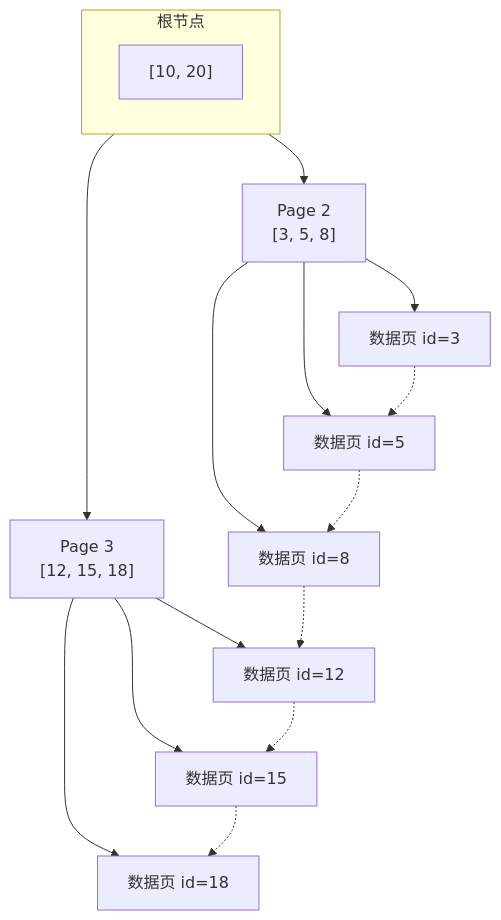
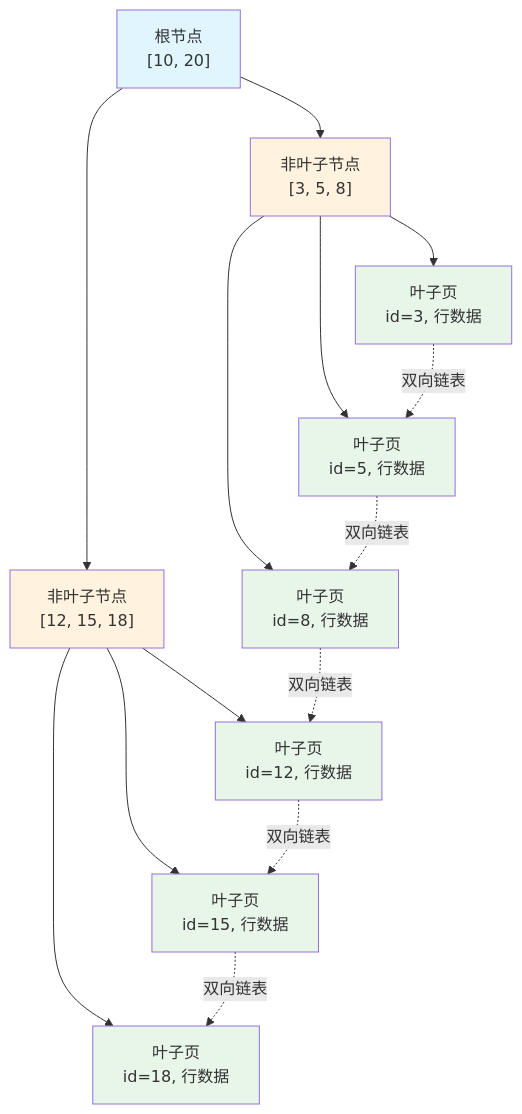
Before and after one commit to coolzhul/java-fullstack-knowledge: the second of 20 diagrams in src/database/mysql.md, drawn with Mermaid. The commit also changed other lines of this file and 48 other files, not shown here.

````diff
--- a/src/database/mysql.md
+++ b/src/database/mysql.md
@@ -61,21 +280,31 @@
 ```mermaid
 graph TD
-    subgraph root["根节点"]
-        R["[10, 20]"]
-    end
-    root --> P1["Page 2
-[3, 5, 8]"]
-    root --> P2["Page 3
-[12, 15, 18]"]
-    P1 --> L1["数据页 id=3"]
-    P1 --> L2["数据页 id=5"]
-    P1 --> L3["数据页 id=8"]
-    P2 --> L4["数据页 id=12"]
-    P2 --> L5["数据页 id=15"]
-    P2 --> L6["数据页 id=18"]
-    L1 -.-> L2
-    L2 -.-> L3
-    L3 -.-> L4
-    L4 -.-> L5
-    L5 -.-> L6
+    R["根节点<br/>[10, 20]"]
+
+    R --> P1["非叶子节点<br/>[3, 5, 8]"]
+    R --> P2["非叶子节点<br/>[12, 15, 18]"]
+
+    P1 --> L1["叶子页<br/>id=3, 行数据"]
+    P1 --> L2["叶子页<br/>id=5, 行数据"]
+    P1 --> L3["叶子页<br/>id=8, 行数据"]
+
+    P2 --> L4["叶子页<br/>id=12, 行数据"]
+    P2 --> L5["叶子页<br/>id=15, 行数据"]
+    P2 --> L6["叶子页<br/>id=18, 行数据"]
+
+    L1 -.->|双向链表| L2
+    L2 -.->|双向链表| L3
+    L3 -.->|双向链表| L4
+    L4 -.->|双向链表| L5
+    L5 -.->|双向链表| L6
+
+    style R fill:#e1f5fe
+    style P1 fill:#fff3e0
+    style P2 fill:#fff3e0
+    style L1 fill:#e8f5e9
+    style L2 fill:#e8f5e9
+    style L3 fill:#e8f5e9
+    style L4 fill:#e8f5e9
+    style L5 fill:#e8f5e9
+    style L6 fill:#e8f5e9
 ```
````
